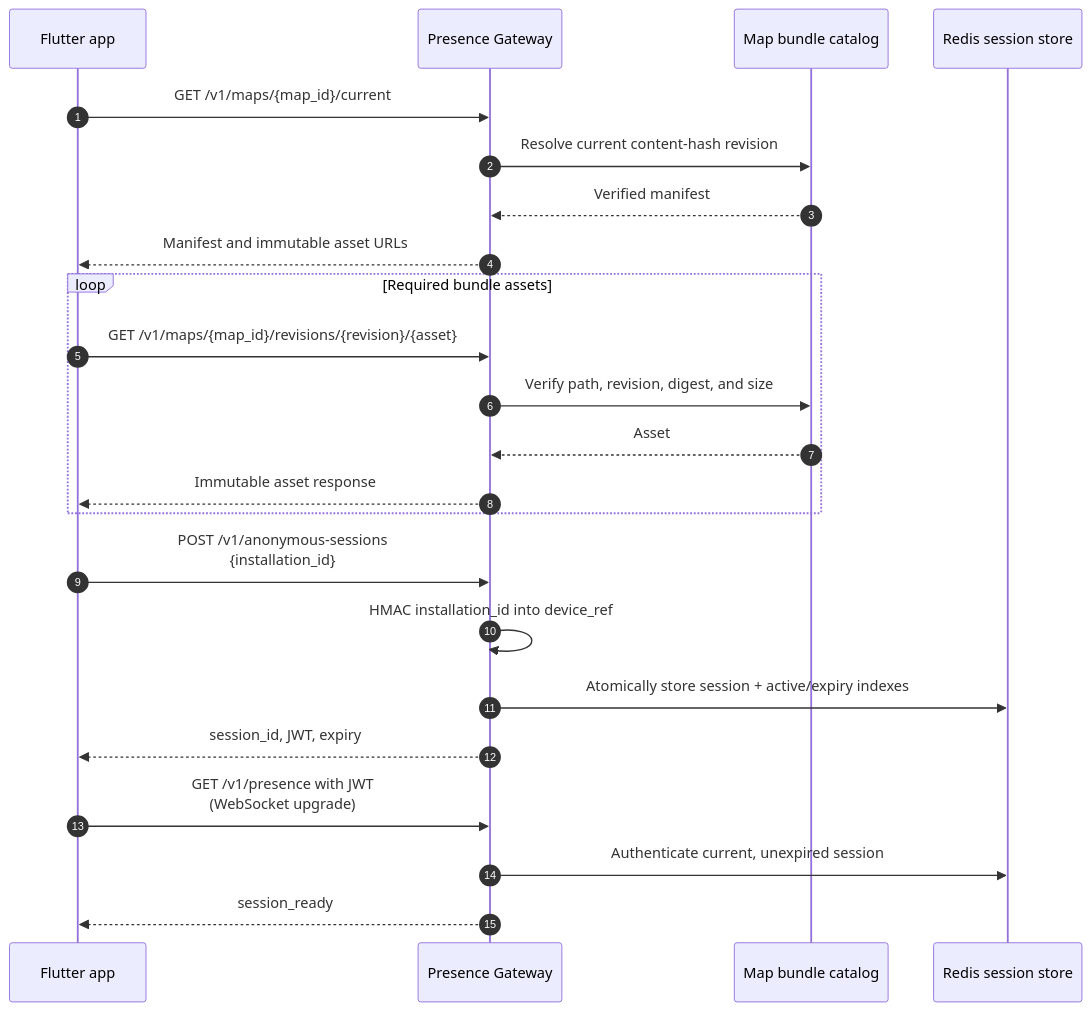
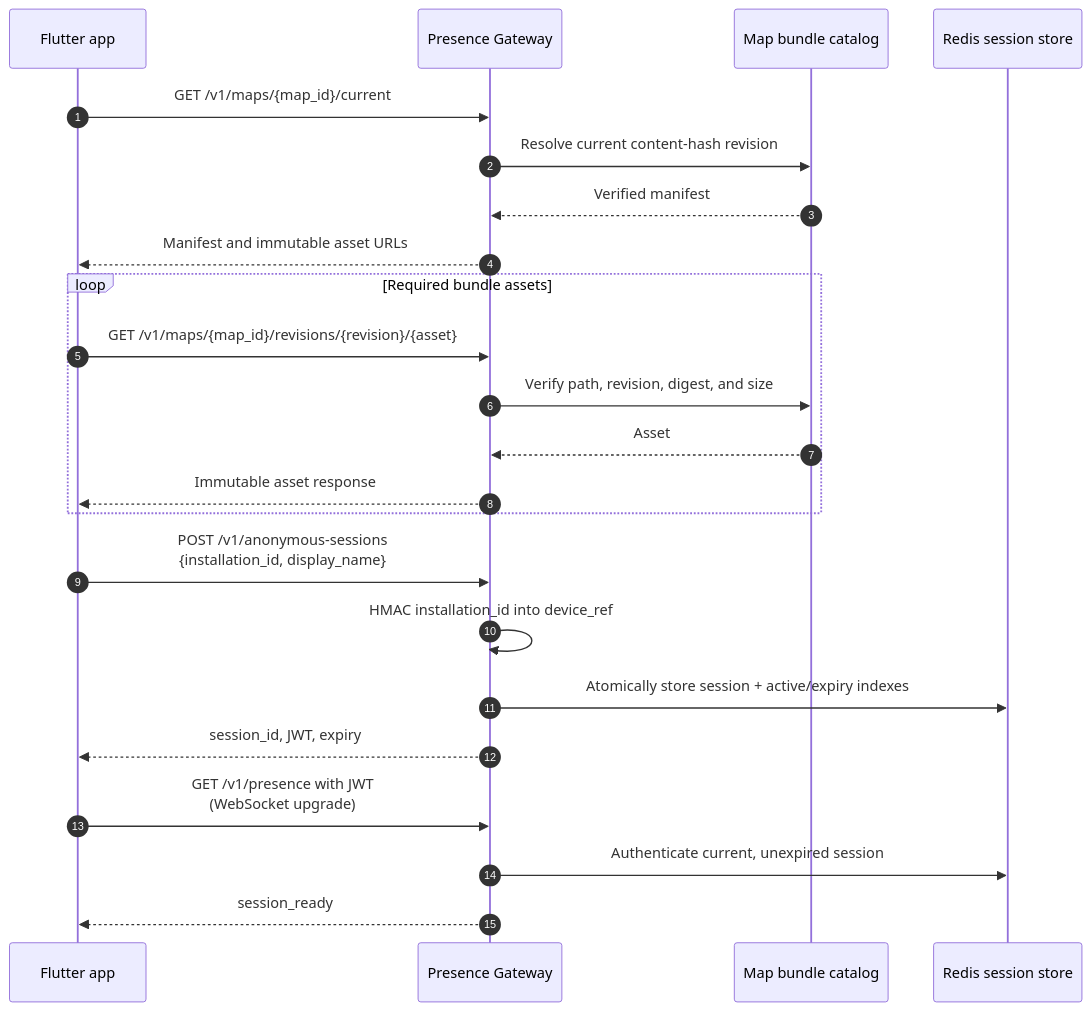
The first of 6 diagrams in tarumt-nav-app/docs/backend/data-flow.md (muliang0711/Tarumt-arena-indoor-navigation-app), drawn with Mermaid before and after one commit. The commit also changed other lines of this file and 27 other files, not shown here.

````diff
--- a/tarumt-nav-app/docs/backend/data-flow.md
+++ b/tarumt-nav-app/docs/backend/data-flow.md
@@ -9,26 +9,26 @@
 ```mermaid
 sequenceDiagram
     autonumber
     participant App as Flutter app
     participant Gateway as Presence Gateway
     participant Catalog as Map bundle catalog
     participant Redis as Redis session store
 
     App->>Gateway: GET /v1/maps/{map_id}/current
     Gateway->>Catalog: Resolve current content-hash revision
     Catalog-->>Gateway: Verified manifest
     Gateway-->>App: Manifest and immutable asset URLs
     loop Required bundle assets
         App->>Gateway: GET /v1/maps/{map_id}/revisions/{revision}/{asset}
         Gateway->>Catalog: Verify path, revision, digest, and size
         Catalog-->>Gateway: Asset
         Gateway-->>App: Immutable asset response
     end
-    App->>Gateway: POST /v1/anonymous-sessions<br/>{installation_id}
+    App->>Gateway: POST /v1/anonymous-sessions<br/>{installation_id, display_name}
     Gateway->>Gateway: HMAC installation_id into device_ref
     Gateway->>Redis: Atomically store session + active/expiry indexes
     Gateway-->>App: session_id, JWT, expiry
     App->>Gateway: GET /v1/presence with JWT<br/>(WebSocket upgrade)
     Gateway->>Redis: Authenticate current, unexpired session
     Gateway-->>App: session_ready
 ```
````
